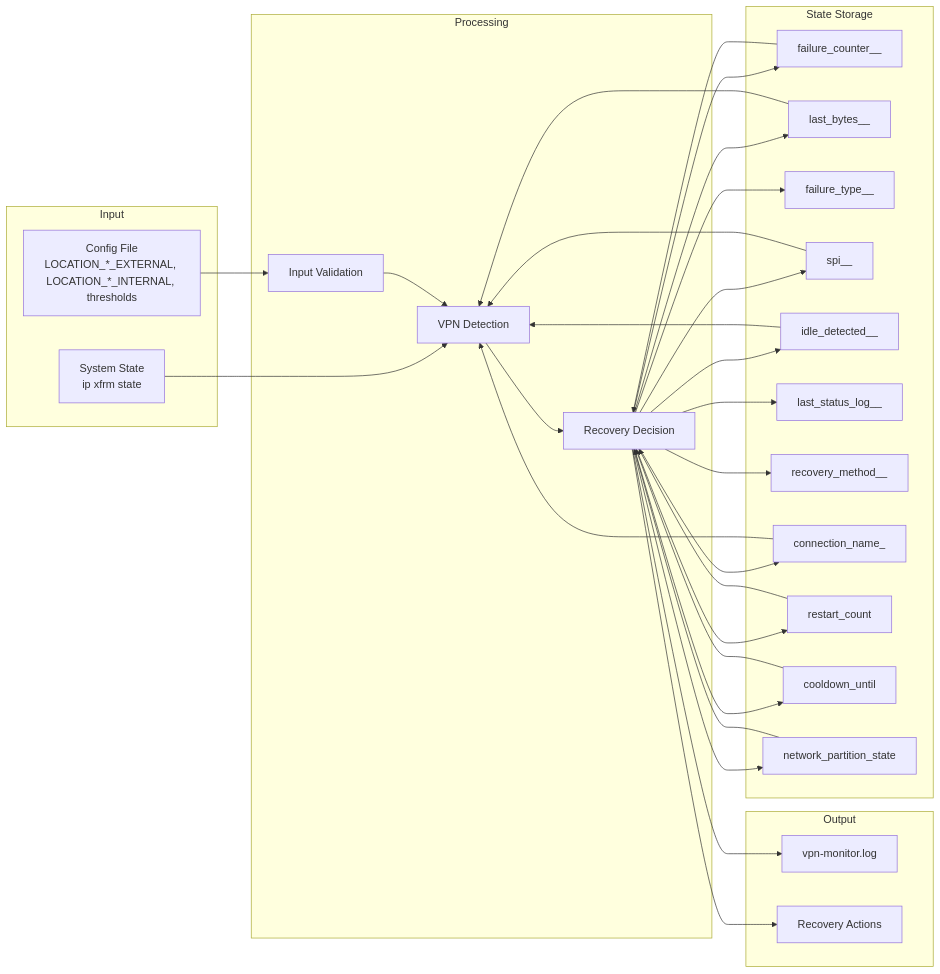
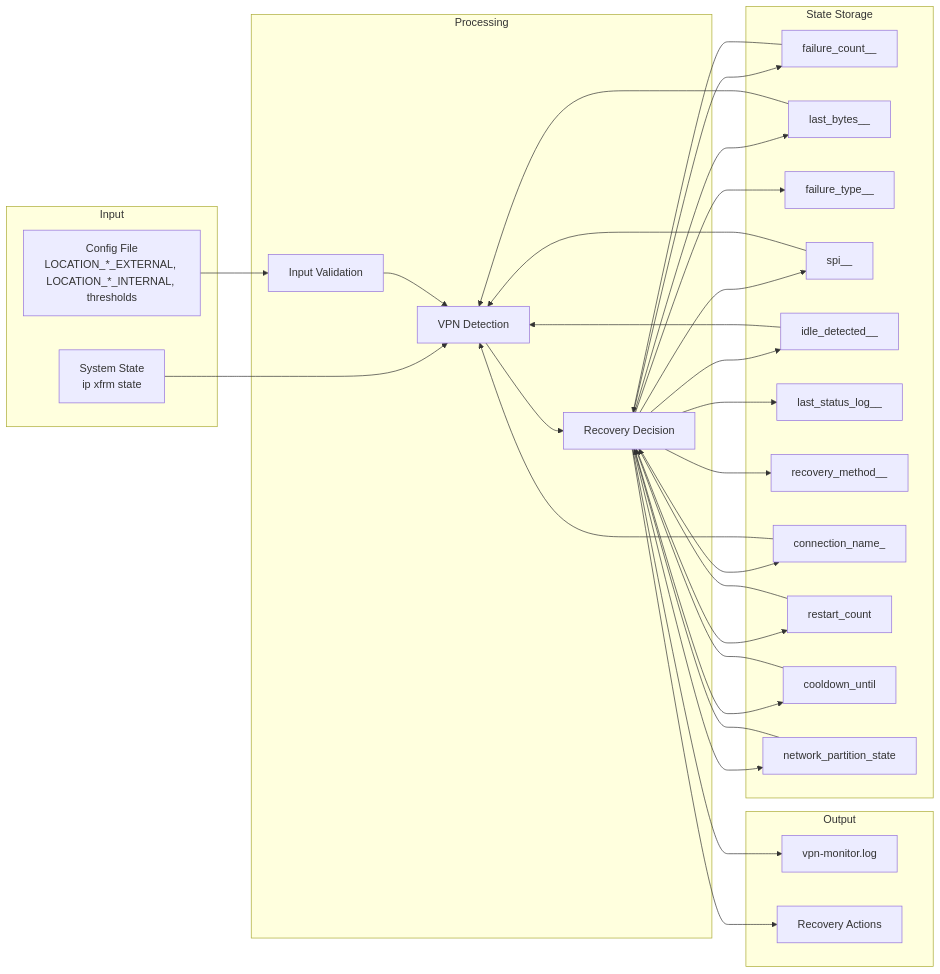
One commit to Eccentric-Quality-Solutions/udm-vpn-monitor changed the fifth of 6 diagrams in docs/ARCHITECTURE.md. Above: the diagram before and after it, drawn with Mermaid. The commit also changed other lines of this file and 71 other files, not shown here.

````diff
--- a/docs/ARCHITECTURE.md
+++ b/docs/ARCHITECTURE.md
@@ -388,58 +388,58 @@
 ```mermaid
 graph LR
     subgraph "Input"
         ConfigFile[Config File<br/>LOCATION_*_EXTERNAL, LOCATION_*_INTERNAL, thresholds]
         XfrmState[System State<br/>ip xfrm state]
     end
 
     subgraph "Processing"
         Validation[Input Validation]
         Detection[VPN Detection]
         Decision[Recovery Decision]
     end
 
     subgraph "State Storage"
-        FailureCounter[failure_counter_<location>_<peer_ip>]
+        FailureCounter[failure_count_<location>_<peer_ip>]
         ByteFiles[last_bytes_<location>_<peer_ip>]
         FailureType[failure_type_<location>_<peer_ip>]
         SPI[spi_<location>_<peer_ip>]
         IdleDetected[idle_detected_<location>_<peer_ip>]
         LastStatusLog[last_status_log_<location>_<peer_ip>]
         RecoveryMethod[recovery_method_<location>_<peer_ip>]
         ConnectionName[connection_name_<peer_ip>]
         RestartLog[restart_count]
         CooldownFile[cooldown_until]
         NetworkPartition[network_partition_state]
     end
 
     subgraph "Output"
         LogFile[vpn-monitor.log]
         Actions[Recovery Actions]
     end
 
     ConfigFile --> Validation
     XfrmState --> Detection
     Validation --> Detection
     Detection --> Decision
     Decision --> FailureCounter
     Decision --> ByteFiles
     Decision --> FailureType
     Decision --> SPI
     Decision --> IdleDetected
     Decision --> LastStatusLog
     Decision --> RecoveryMethod
     Decision --> ConnectionName
     Decision --> RestartLog
     Decision --> CooldownFile
     Decision --> NetworkPartition
     Decision --> LogFile
     Decision --> Actions
     FailureCounter --> Decision
     ByteFiles --> Detection
     SPI --> Detection
     IdleDetected --> Detection
     ConnectionName --> Detection
     RestartLog --> Decision
     CooldownFile --> Decision
     NetworkPartition --> Decision
 ```
````
